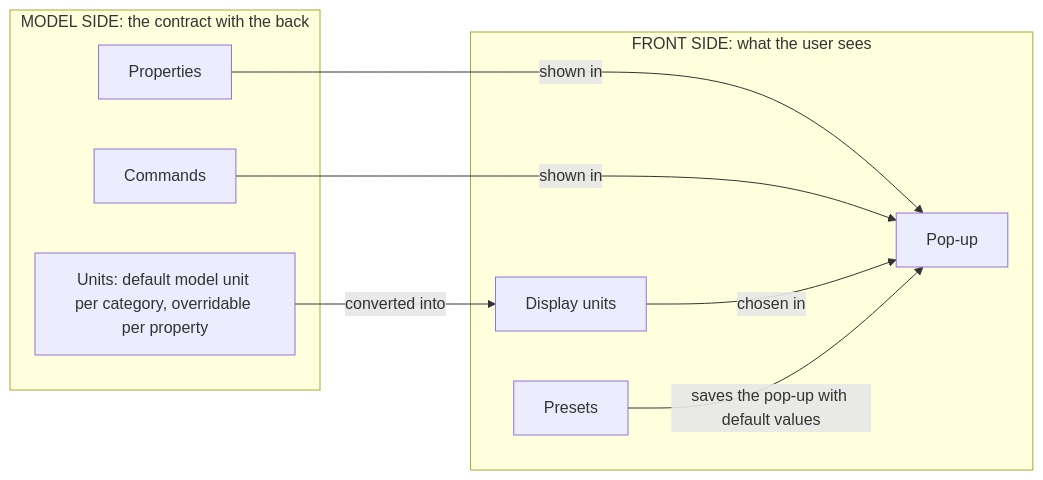
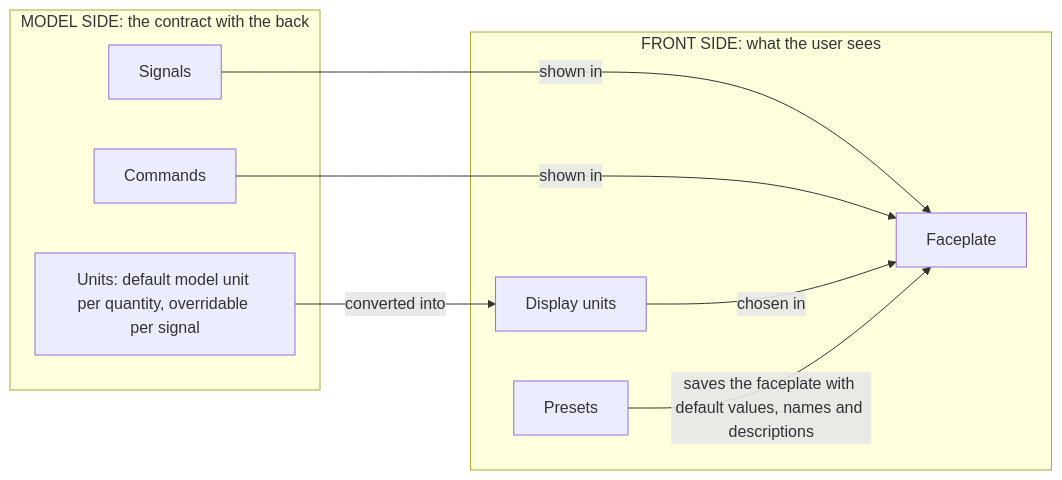
Before and after one commit to AlexandreGallais/synoptic-studio-spec: the second of 3 diagrams in metadata/README.md, drawn with Mermaid. The commit also changed other lines of this file and 18 other files, not shown here.

````diff
--- a/metadata/README.md
+++ b/metadata/README.md
@@ -30,18 +30,18 @@
 ```mermaid
 flowchart LR
     subgraph Model["MODEL SIDE: the contract with the back"]
-        P["Properties"]
+        P["Signals"]
         C["Commands"]
-        N["Units: default model unit per category, overridable per property"]
+        N["Units: default model unit per quantity, overridable per signal"]
     end
     subgraph Front["FRONT SIDE: what the user sees"]
-        U["Pop-up"]
+        U["Faceplate"]
         R["Presets"]
         D["Display units"]
     end
     P -->|"shown in"| U
     C -->|"shown in"| U
     N -->|"converted into"| D
     D -->|"chosen in"| U
-    R -->|"saves the pop-up with default values"| U
+    R -->|"saves the faceplate with default values, names and descriptions"| U
 ```
````
